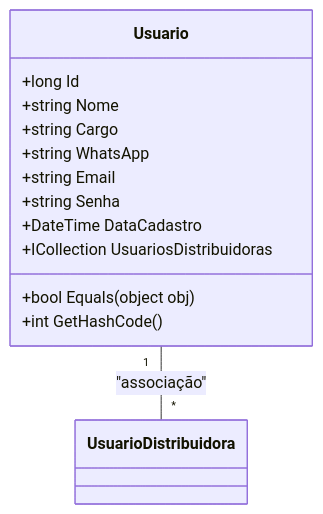
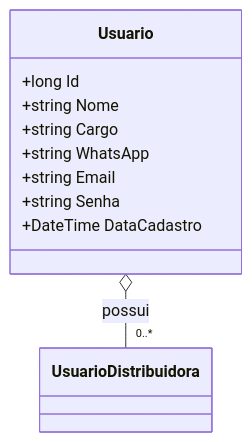
Before and after one commit to IsthmusSistemas/documentacao-tecnica: the diagram in docs/b2b-dominio/IsthmusWinthor.Nucleo/IsthmusWinthor.Dominio/Entidades/Usuario.md, drawn with Mermaid. The commit also changed other lines of this file and 882 other files, not shown here.

````diff
--- a/docs/b2b-dominio/IsthmusWinthor.Nucleo/IsthmusWinthor.Dominio/Entidades/Usuario.md
+++ b/docs/b2b-dominio/IsthmusWinthor.Nucleo/IsthmusWinthor.Dominio/Entidades/Usuario.md
@@ -36,18 +35,17 @@
 ```mermaid
 classDiagram
     class Usuario {
         +long Id
         +string Nome
         +string Cargo
         +string WhatsApp
         +string Email
         +string Senha
         +DateTime DataCadastro
-        +ICollection<UsuarioDistribuidora> UsuariosDistribuidoras
-        +bool Equals(object obj)
-        +int GetHashCode()
     }
-    class UsuarioDistribuidora
-    
-    Usuario "1" -- "*" UsuarioDistribuidora : "associação"
+
+    class UsuarioDistribuidora {
+    }
+
+    Usuario o-- "0..*" UsuarioDistribuidora : possui
 ```
````
